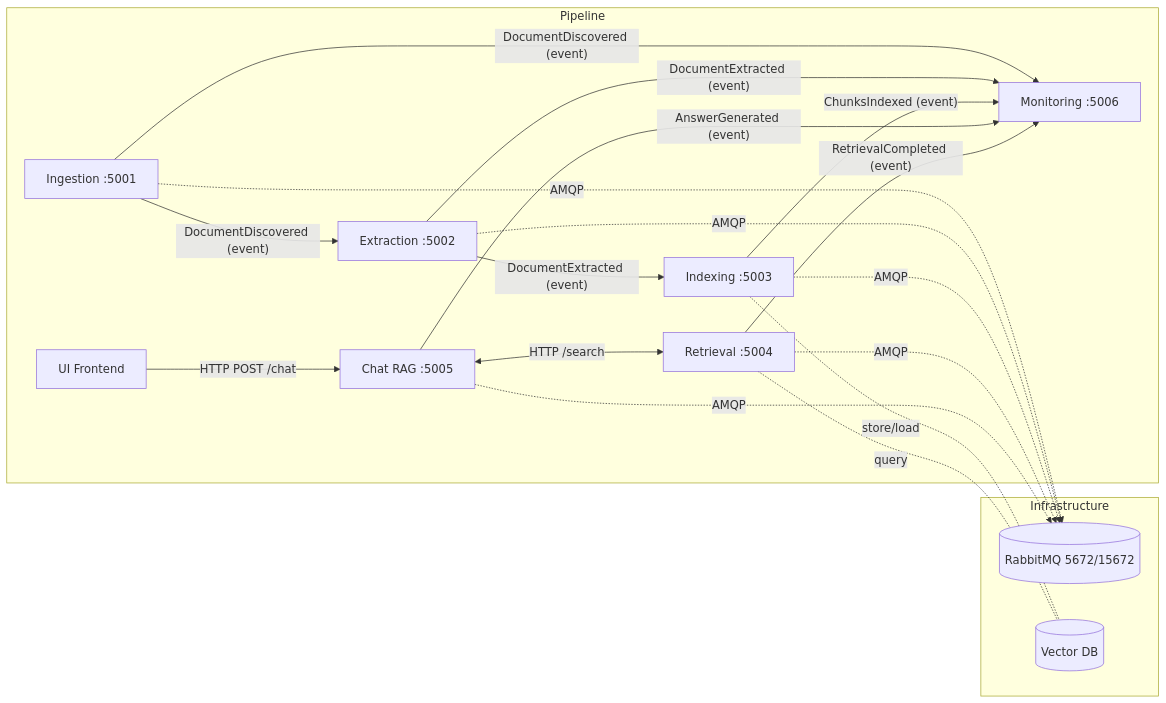
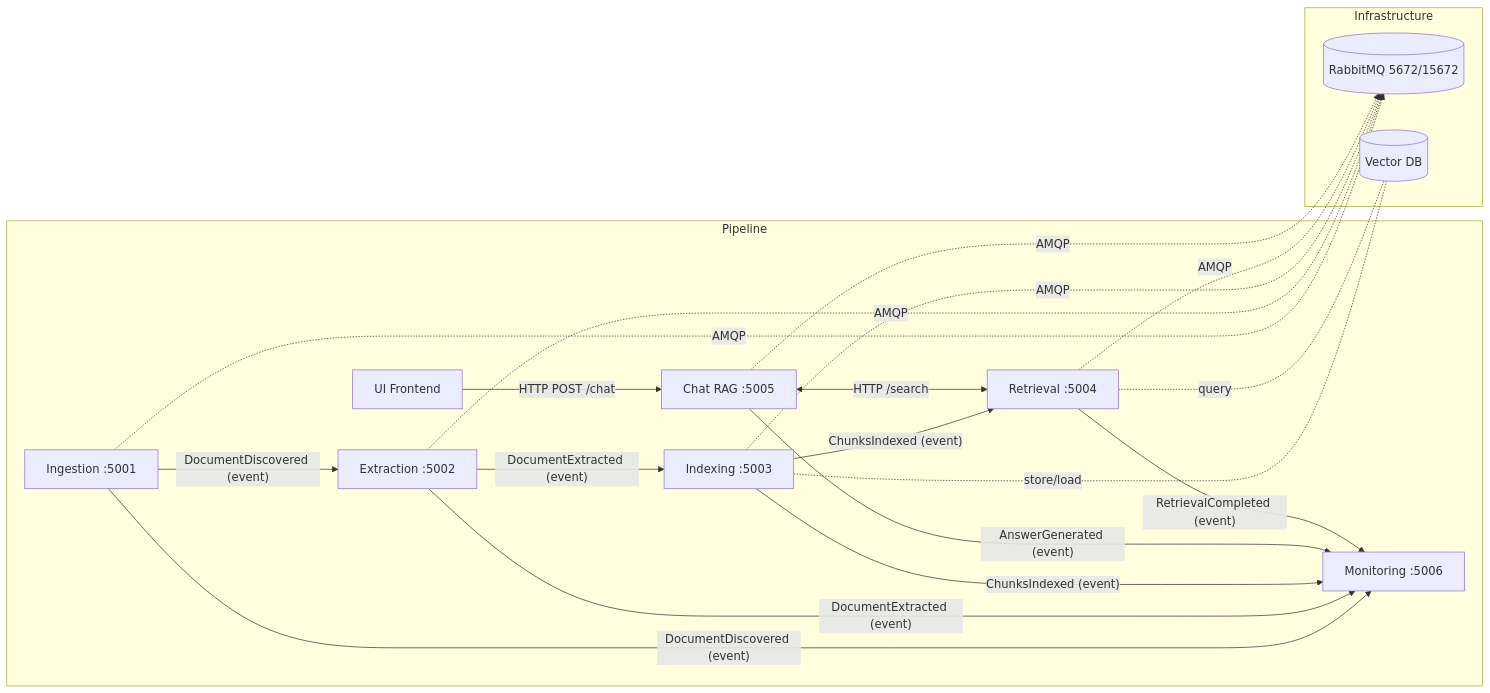
Before and after one commit to Rickycg21/MARP.Guide.Chatbot.Y3: the diagram in docs/architecture.md, drawn with Mermaid. The commit also changed other lines of this file and 1 other file, not shown here.

Commit message:
Update architecture.md & events.md so that retrieval consumes ChunksIndexed

````diff
--- a/docs/architecture.md
+++ b/docs/architecture.md
@@ -62,39 +62,40 @@
 ```mermaid
 flowchart LR
   %% Nodes
   subgraph Pipeline
     I[Ingestion :5001]
     E[Extraction :5002]
     X[Indexing :5003]
     R[Retrieval :5004]
     C[Chat RAG :5005]
     U[UI Frontend]
     M[Monitoring :5006]
   end
 
   subgraph Infrastructure
     Q[(RabbitMQ 5672/15672)]
     V[(Vector DB)]
   end
 
   %% Pipeline edges
   I -->|"DocumentDiscovered (event)"| E
   I -->|"DocumentDiscovered (event)"| M
   E -->|"DocumentExtracted (event)"| X
   E -->|"DocumentExtracted (event)"| M
+  X -->|"ChunksIndexed (event)"| R
   X -->|"ChunksIndexed (event)"| M
   C <-->|"HTTP /search"| R
   U -->|"HTTP POST /chat"| C
   C -->|"AnswerGenerated (event)"| M
   R -->|"RetrievalCompleted (event)"| M
 
   %% Messaging & storage
   I -. "AMQP" .-> Q
   E -. "AMQP" .-> Q
   X -. "AMQP" .-> Q
   R -. "AMQP" .-> Q
   C -. "AMQP" .-> Q
 
   X -. "store/load" .- V
   R -. "query" .- V
 ```
````
